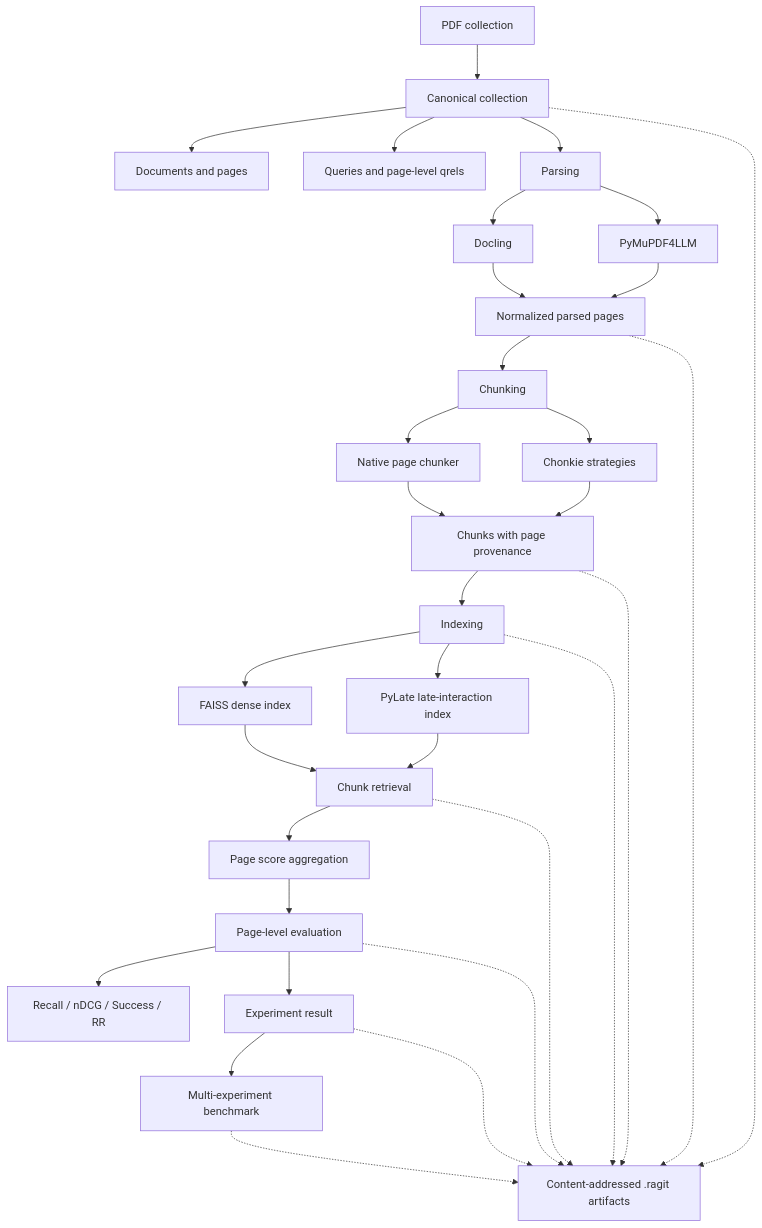
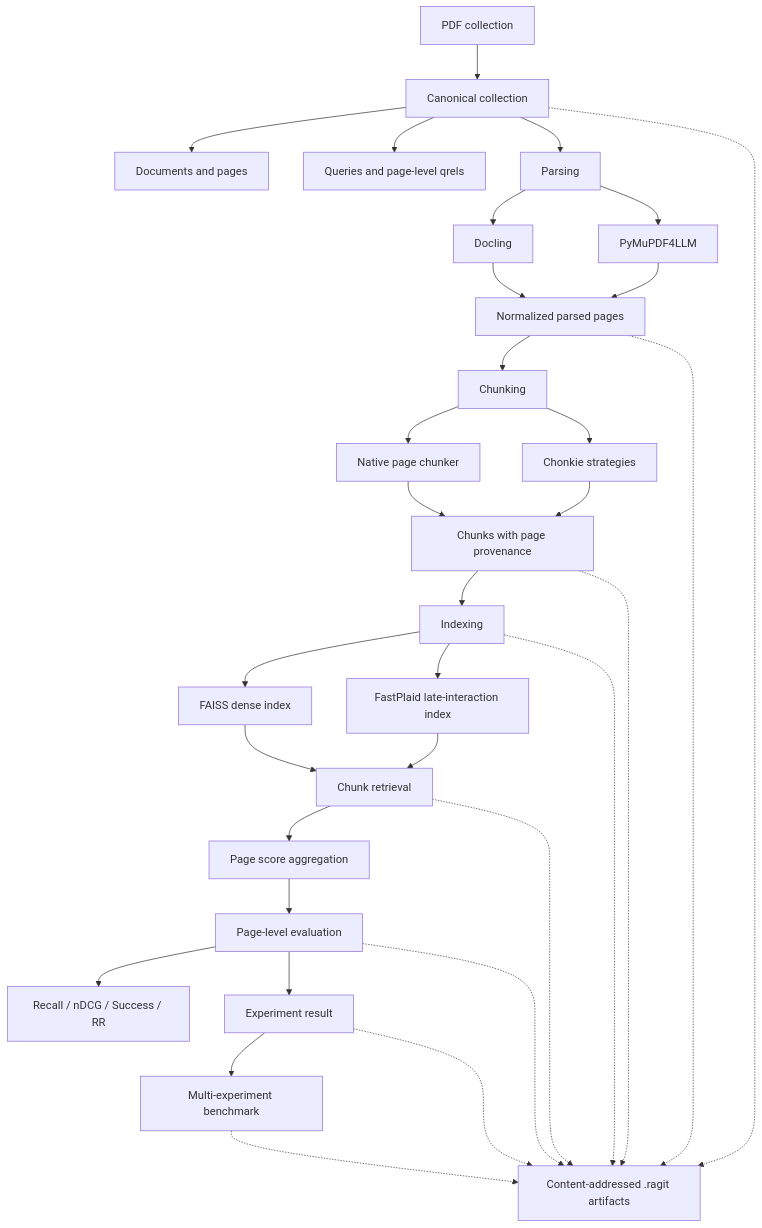
One commit to OmarElbachyr/ragit changed the diagram in docs/pipelines/tool-architecture.mmd. Above: the diagram before and after it, drawn with Mermaid. The commit also changed 7 other files, not shown here.

Commit message:
docs: document FastPlaid indexing

```diff
--- a/docs/pipelines/tool-architecture.mmd
+++ b/docs/pipelines/tool-architecture.mmd
@@ -1,32 +1,32 @@
 flowchart TD
     A[PDF collection] --> B[Canonical collection]
     B --> B1[Documents and pages]
     B --> B2[Queries and page-level qrels]
     B --> C[Parsing]
     C --> C1[Docling]
     C --> C2[PyMuPDF4LLM]
     C1 --> D[Normalized parsed pages]
     C2 --> D
     D --> E[Chunking]
     E --> E1[Native page chunker]
     E --> E2[Chonkie strategies]
     E1 --> F[Chunks with page provenance]
     E2 --> F
     F --> G[Indexing]
     G --> G1[FAISS dense index]
-    G --> G2[PyLate late-interaction index]
+    G --> G2[FastPlaid late-interaction index]
     G1 --> H[Chunk retrieval]
     G2 --> H
     H --> I[Page score aggregation]
     I --> J[Page-level evaluation]
     J --> J1[Recall / nDCG / Success / RR]
     J --> K[Experiment result]
     K --> L[Multi-experiment benchmark]
     B -.-> M[Content-addressed .ragit artifacts]
     D -.-> M
     F -.-> M
     G -.-> M
     H -.-> M
     J -.-> M
     K -.-> M
     L -.-> M
```
